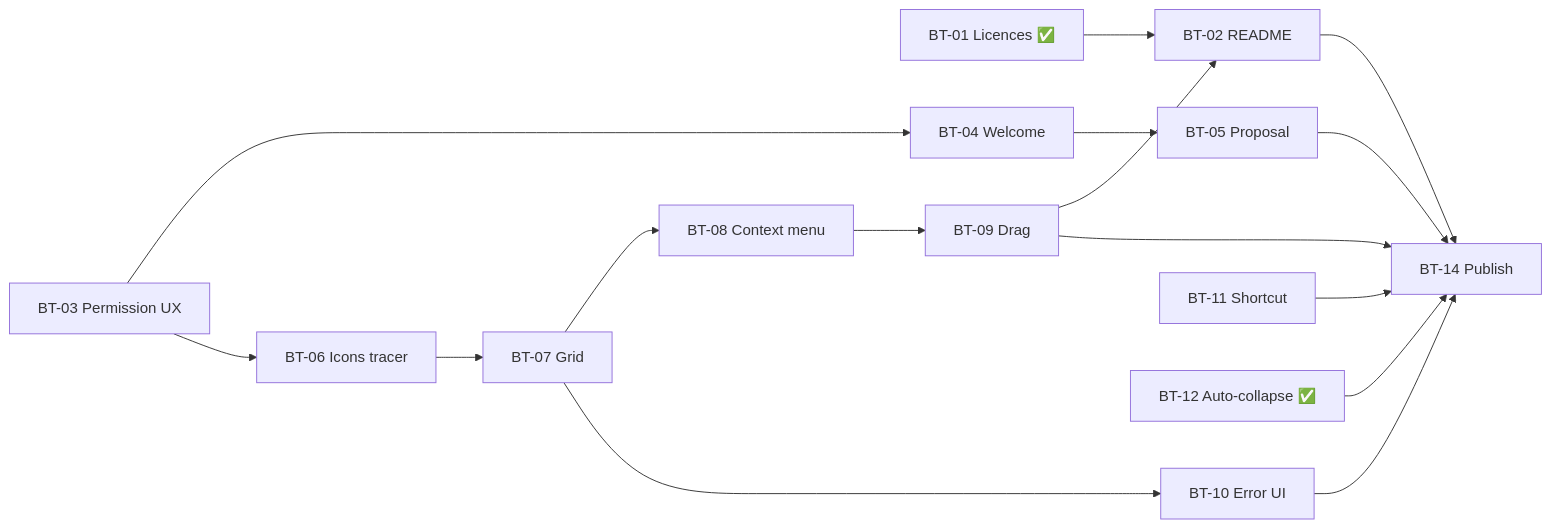
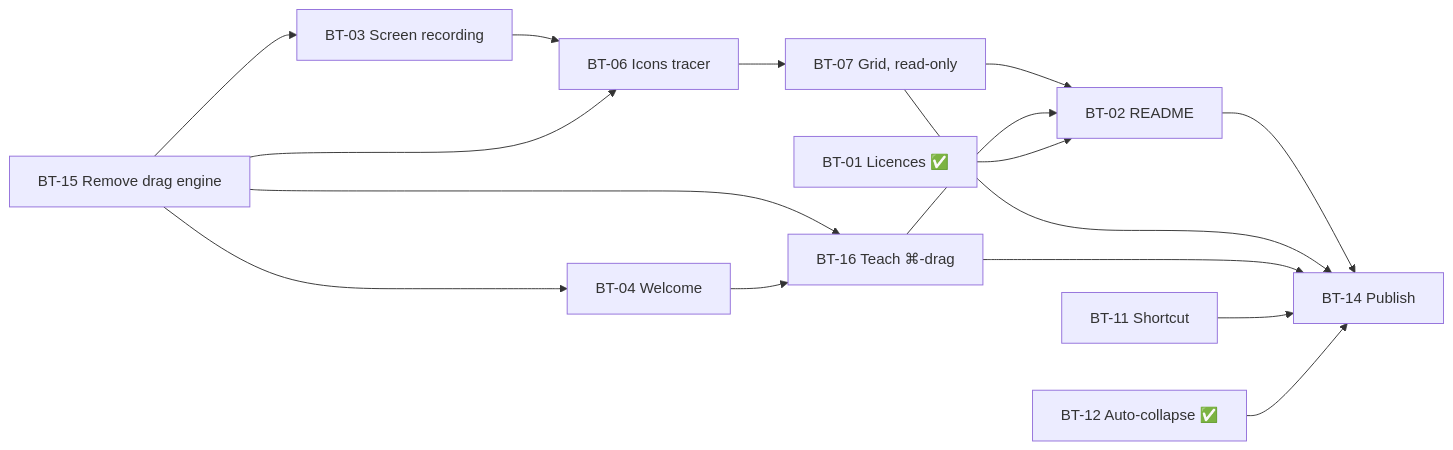
The diagram in docs/BOARD.md (Kodak2383/BarT), drawn with Mermaid before and after one commit. The commit also changed other lines of this file and 14 other files, not shown here.

````diff
--- a/docs/BOARD.md
+++ b/docs/BOARD.md
@@ -49,20 +50,19 @@
 ```mermaid
 graph LR
-  BT01[BT-01 Licences ✅] --> BT02[BT-02 README]
-  BT09 --> BT02
-  BT03[BT-03 Permission UX] --> BT04[BT-04 Welcome]
-  BT04 --> BT05[BT-05 Proposal]
+  BT15[BT-15 Remove drag engine] --> BT03[BT-03 Screen recording]
+  BT15 --> BT04[BT-04 Welcome]
+  BT15 --> BT16[BT-16 Teach ⌘-drag]
+  BT04 --> BT16
   BT03 --> BT06[BT-06 Icons tracer]
-  BT06 --> BT07[BT-07 Grid]
-  BT07 --> BT08[BT-08 Context menu]
-  BT08 --> BT09[BT-09 Drag]
-  BT07 --> BT10[BT-10 Error UI]
+  BT15 --> BT06
+  BT06 --> BT07[BT-07 Grid, read-only]
+  BT07 --> BT02[BT-02 README]
+  BT16 --> BT02
   BT11[BT-11 Shortcut]
-  BT12[BT-12 Auto-collapse ✅]
+  BT01[BT-01 Licences ✅] --> BT02
   BT02 --> BT14[BT-14 Publish]
-  BT05 --> BT14
-  BT09 --> BT14
-  BT10 --> BT14
+  BT07 --> BT14
+  BT16 --> BT14
   BT11 --> BT14
-  BT12 --> BT14
+  BT12[BT-12 Auto-collapse ✅] --> BT14
 ```
````
